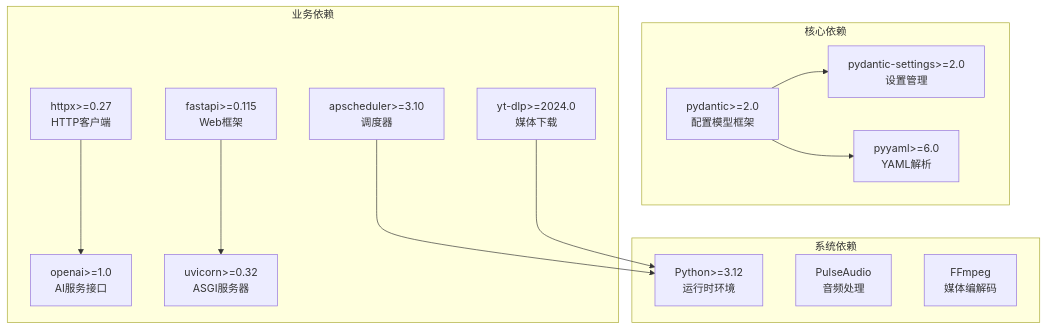
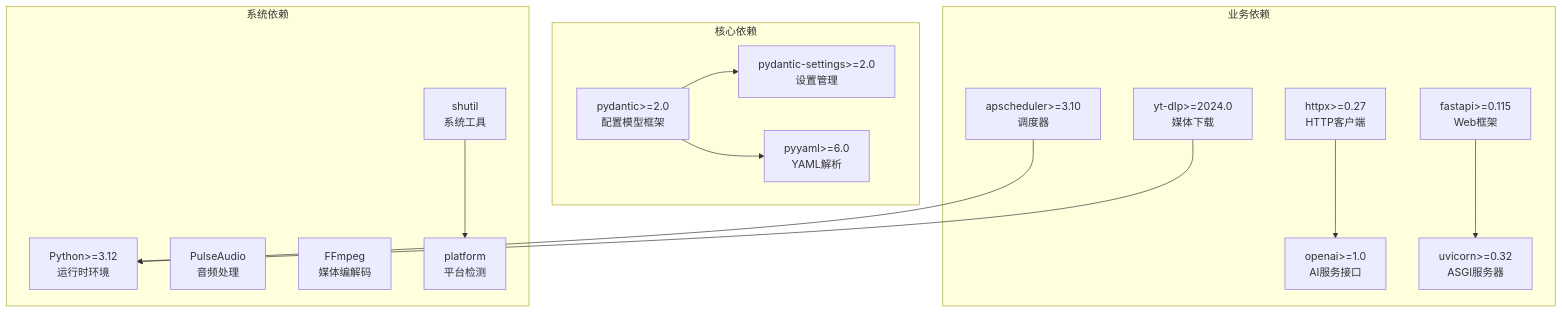
Before and after one commit to GhoulOwl/Teamspeak3_Bot: the eighth of 8 diagrams in .qoder/repowiki/zh/content/配置管理.md, drawn with Mermaid. The commit also changed other lines of this file and 7 other files, not shown here.

````diff
--- a/.qoder/repowiki/zh/content/配置管理.md
+++ b/.qoder/repowiki/zh/content/配置管理.md
@@ -336,27 +399,30 @@
 ```mermaid
 graph TB
 subgraph "核心依赖"
 Pydantic[pydantic>=2.0<br/>配置模型框架]
 PyYAML[pyyaml>=6.0<br/>YAML解析]
 PydanticSettings[pydantic-settings>=2.0<br/>设置管理]
 end
 subgraph "业务依赖"
 HTTPX[httpx>=0.27<br/>HTTP客户端]
 OpenAI[openai>=1.0<br/>AI服务接口]
 APScheduler[apscheduler>=3.10<br/>调度器]
 FastAPI[fastapi>=0.115<br/>Web框架]
 Uvicorn[uvicorn>=0.32<br/>ASGI服务器]
 YTDLP[yt-dlp>=2024.0<br/>媒体下载]
 end
 subgraph "系统依赖"
 Python[Python>=3.12<br/>运行时环境]
 PulseAudio[PulseAudio<br/>音频处理]
 FFmpeg[FFmpeg<br/>媒体编解码]
+Shutil[shutil<br/>系统工具]
+Platform[platform<br/>平台检测]
 end
 Pydantic --> PydanticSettings
 Pydantic --> PyYAML
 HTTPX --> OpenAI
 FastAPI --> Uvicorn
 APScheduler --> Python
 YTDLP --> Python
+Shutil --> Platform
 ```
````
